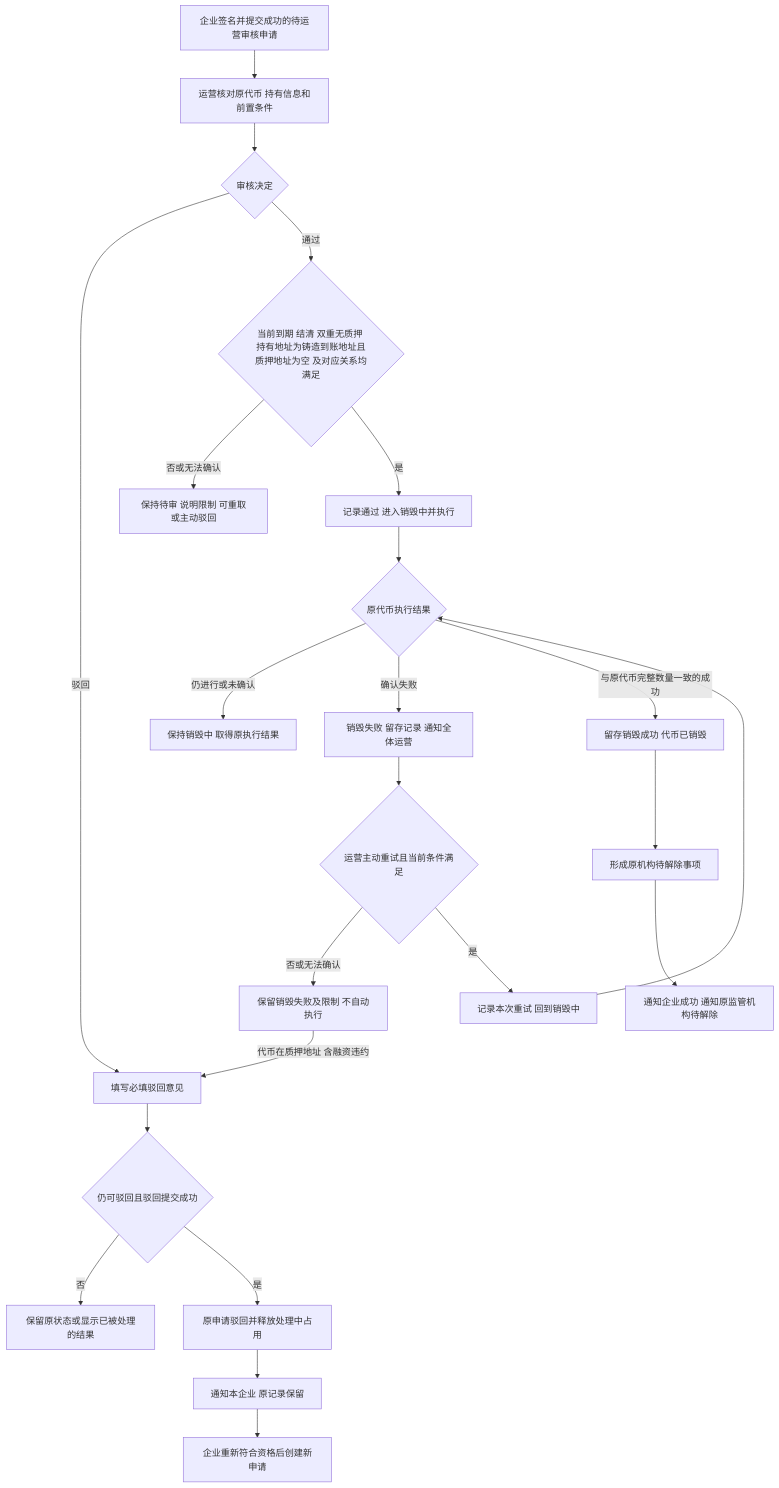
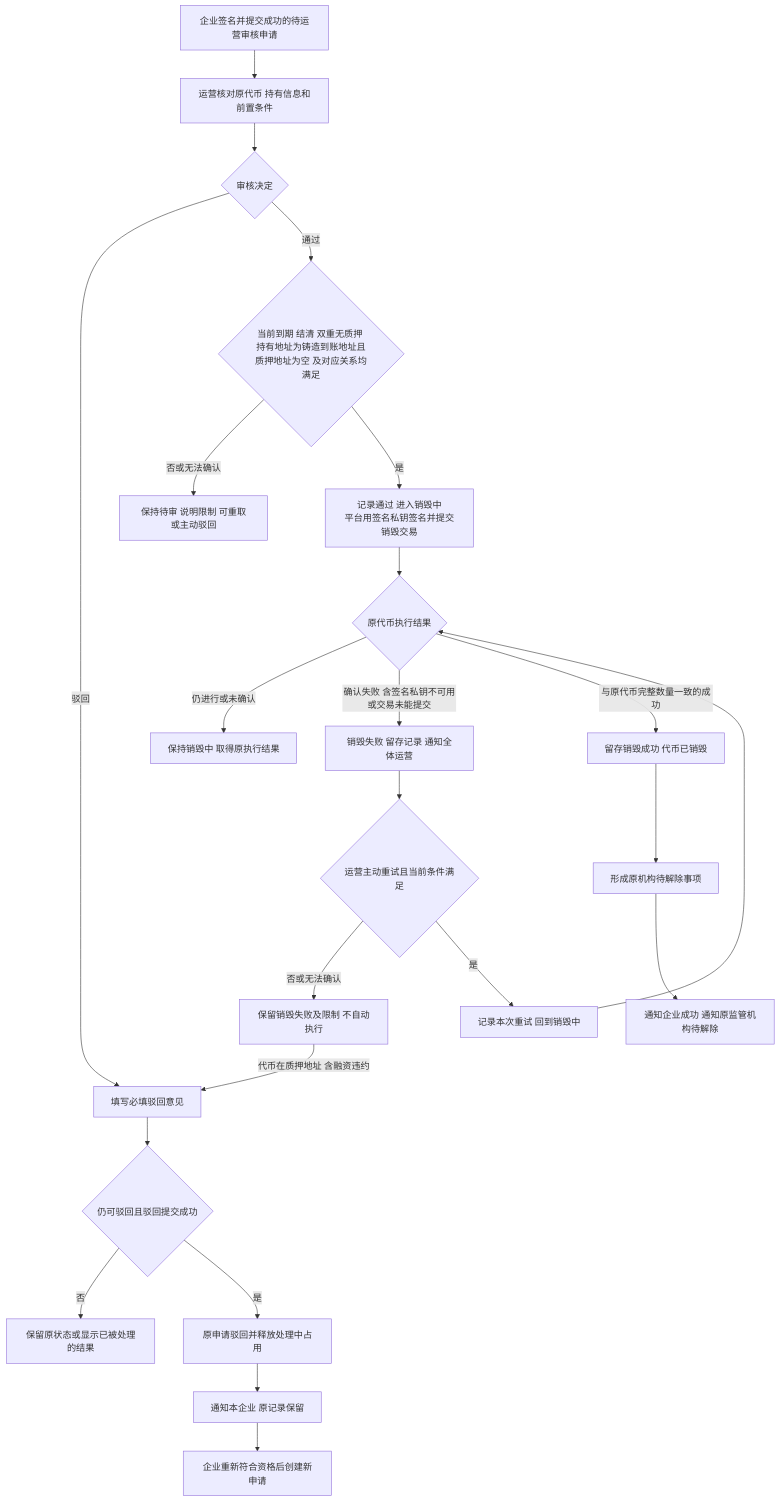
The first of 4 diagrams in token-issuance-platform/PRD/管理端/M4b-销毁审核与解除质押/02-销毁审核与解除质押-流程图与状态机.md (wxblockchain/Chain-Financing), drawn with Mermaid before and after one commit. The commit also changed other lines of this file and 33 other files, not shown here.

````diff
--- a/token-issuance-platform/PRD/管理端/M4b-销毁审核与解除质押/02-销毁审核与解除质押-流程图与状态机.md
+++ b/token-issuance-platform/PRD/管理端/M4b-销毁审核与解除质押/02-销毁审核与解除质押-流程图与状态机.md
@@ -17,25 +17,25 @@
 ```mermaid
 flowchart TD
     A[企业签名并提交成功的待运营审核申请] --> B[运营核对原代币 持有信息和前置条件]
     B --> C{审核决定}
     C -->|驳回| D[填写必填驳回意见]
     D --> E{仍可驳回且驳回提交成功}
     E -->|否| F[保留原状态或显示已被处理的结果]
     E -->|是| G[原申请驳回并释放处理中占用]
     G --> H[通知本企业 原记录保留]
     H --> I[企业重新符合资格后创建新申请]
     C -->|通过| J{当前到期 结清 双重无质押 持有地址为铸造到账地址且质押地址为空 及对应关系均满足}
     J -->|否或无法确认| K[保持待审 说明限制 可重取或主动驳回]
-    J -->|是| L[记录通过 进入销毁中并执行]
+    J -->|是| L[记录通过 进入销毁中<br/>平台用签名私钥签名并提交销毁交易]
     L --> M{原代币执行结果}
     M -->|仍进行或未确认| N[保持销毁中 取得原执行结果]
-    M -->|确认失败| O[销毁失败 留存记录 通知全体运营]
+    M -->|确认失败 含签名私钥不可用或交易未能提交| O[销毁失败 留存记录 通知全体运营]
     O --> P{运营主动重试且当前条件满足}
     P -->|否或无法确认| Q[保留销毁失败及限制 不自动执行]
     Q -->|代币在质押地址 含融资违约| D
     P -->|是| R[记录本次重试 回到销毁中]
     R --> M
     M -->|与原代币完整数量一致的成功| S[留存销毁成功 代币已销毁]
     S --> T[形成原机构待解除事项]
     T --> U[通知企业成功 通知原监管机构待解除]
 ```
````
